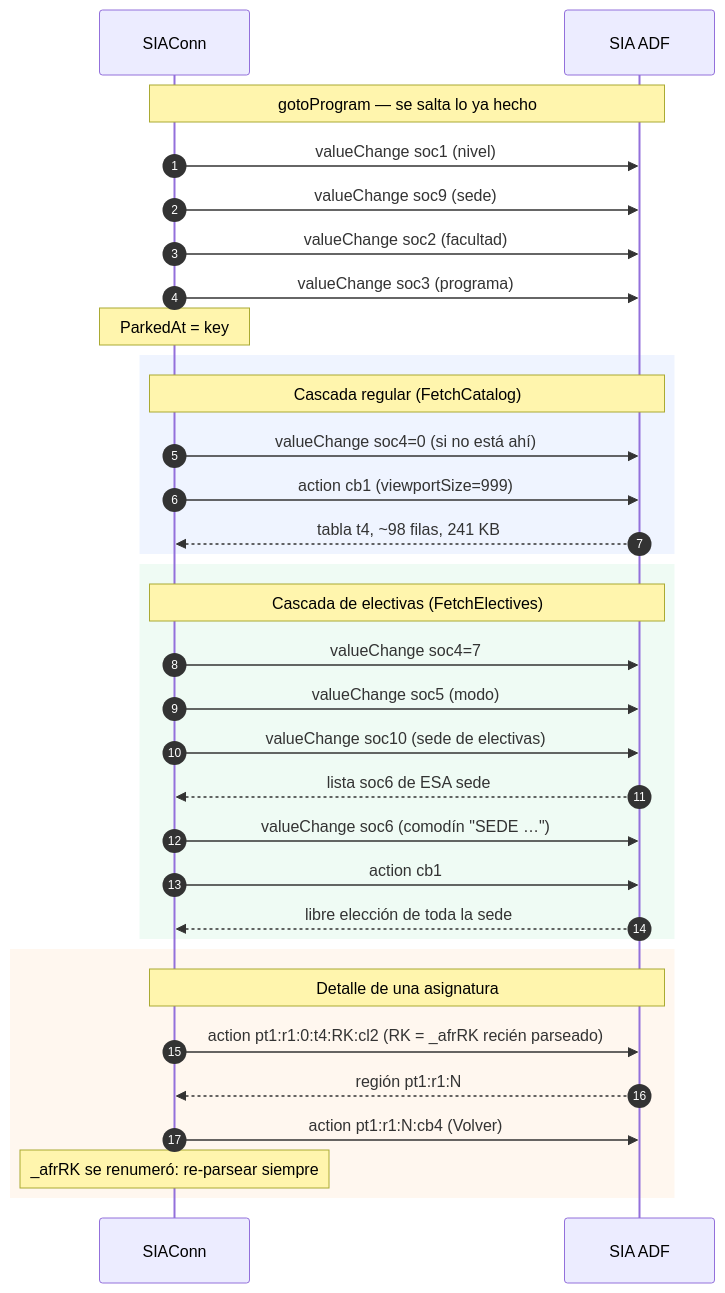
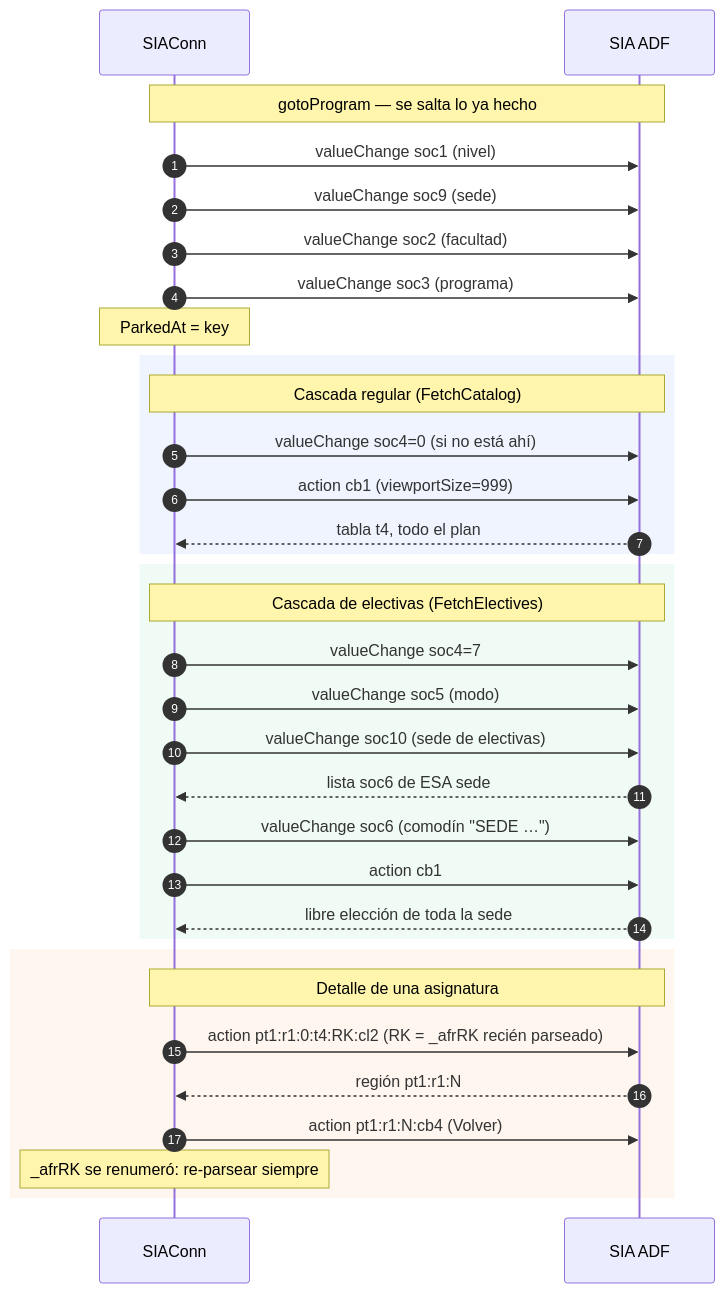
One commit to gabotachak/sia-unal-bridge changed diagram 15 of 20 in docs/diagram.md. Above: the diagram before and after it, drawn with Mermaid. The commit also changed other lines of this file and 8 other files, not shown here.

````diff
--- a/docs/diagram.md
+++ b/docs/diagram.md
@@ -594,39 +600,39 @@
 ```mermaid
 sequenceDiagram
     autonumber
     participant C as SIAConn
     participant SIA as SIA ADF
 
     Note over C,SIA: gotoProgram — se salta lo ya hecho
     C->>SIA: valueChange soc1 (nivel)
     C->>SIA: valueChange soc9 (sede)
     C->>SIA: valueChange soc2 (facultad)
     C->>SIA: valueChange soc3 (programa)
     Note over C: ParkedAt = key
 
     rect rgba(120,160,255,0.12)
     Note over C,SIA: Cascada regular (FetchCatalog)
     C->>SIA: valueChange soc4=0 (si no está ahí)
     C->>SIA: action cb1 (viewportSize=999)
-    SIA-->>C: tabla t4, ~98 filas, 241 KB
+    SIA-->>C: tabla t4, todo el plan
     end
 
     rect rgba(120,220,160,0.12)
     Note over C,SIA: Cascada de electivas (FetchElectives)
     C->>SIA: valueChange soc4=7
     C->>SIA: valueChange soc5 (modo)
     C->>SIA: valueChange soc10 (sede de electivas)
     SIA-->>C: lista soc6 de ESA sede
     C->>SIA: valueChange soc6 (comodín "SEDE …")
     C->>SIA: action cb1
     SIA-->>C: libre elección de toda la sede
     end
 
     rect rgba(255,190,120,0.12)
     Note over C,SIA: Detalle de una asignatura
     C->>SIA: action pt1:r1:0:t4:RK:cl2 (RK = _afrRK recién parseado)
     SIA-->>C: región pt1:r1:N
     C->>SIA: action pt1:r1:N:cb4 (Volver)
     Note over C: _afrRK se renumeró: re-parsear siempre
     end
 ```
````
